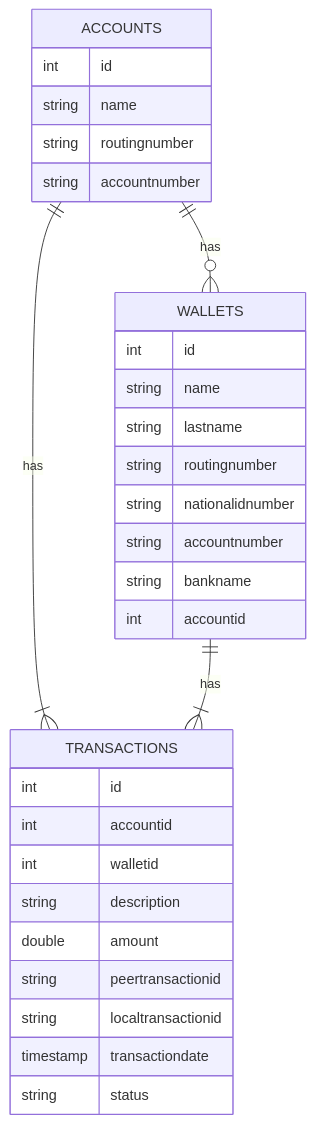
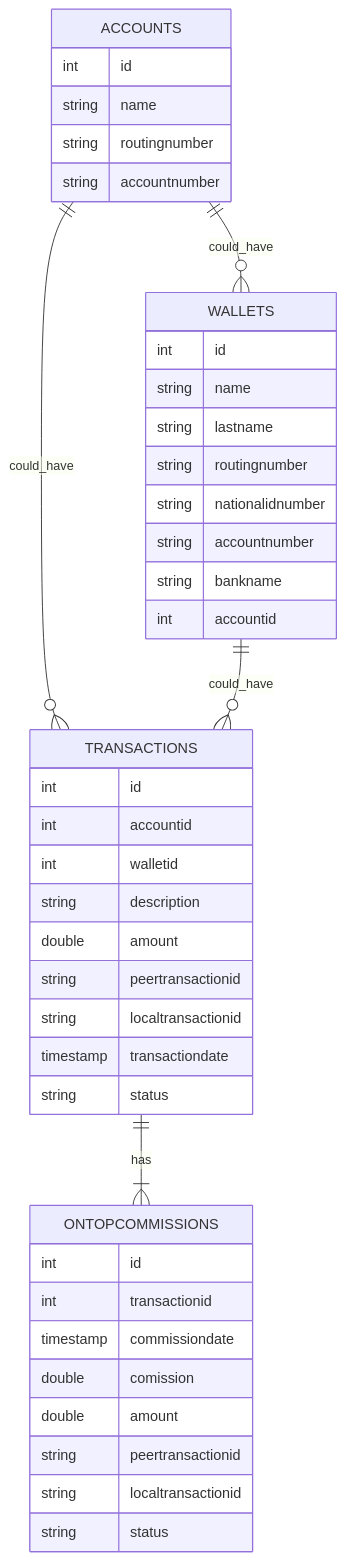
One commit to felipediazc/challenge changed the seventh of 7 diagrams in DESIGN.md. Above: the diagram before and after it, drawn with Mermaid. The commit also changed 3 other files, not shown here.

````diff
--- a/DESIGN.md
+++ b/DESIGN.md
@@ -179,33 +179,44 @@
 ```mermaid
 erDiagram
-    ACCOUNTS ||--|{ TRANSACTIONS : has
+    ACCOUNTS ||--o{ TRANSACTIONS : could_have
     ACCOUNTS {
       int id
       string name
       string routingnumber
       string accountnumber
     }
-    ACCOUNTS ||--o{ WALLETS : has
+    ACCOUNTS ||--o{ WALLETS : could_have
     WALLETS {
       int id
       string name
       string lastname
       string routingnumber
       string nationalidnumber
       string accountnumber
       string bankname
       int accountid
     }
-    WALLETS ||--|{ TRANSACTIONS : has
+    WALLETS ||--o{ TRANSACTIONS : could_have
     TRANSACTIONS {
       int id
       int accountid
       int walletid
       string description
       double amount
       string peertransactionid
       string localtransactionid      
       timestamp transactiondate
       string status
     }
+    TRANSACTIONS ||--|{ ONTOPCOMMISSIONS : has
+    ONTOPCOMMISSIONS {
+      int id
+      int transactionid
+      timestamp commissiondate
+      double comission
+      double amount
+      string peertransactionid
+      string localtransactionid      
+      string status
+    }
 ```
````
